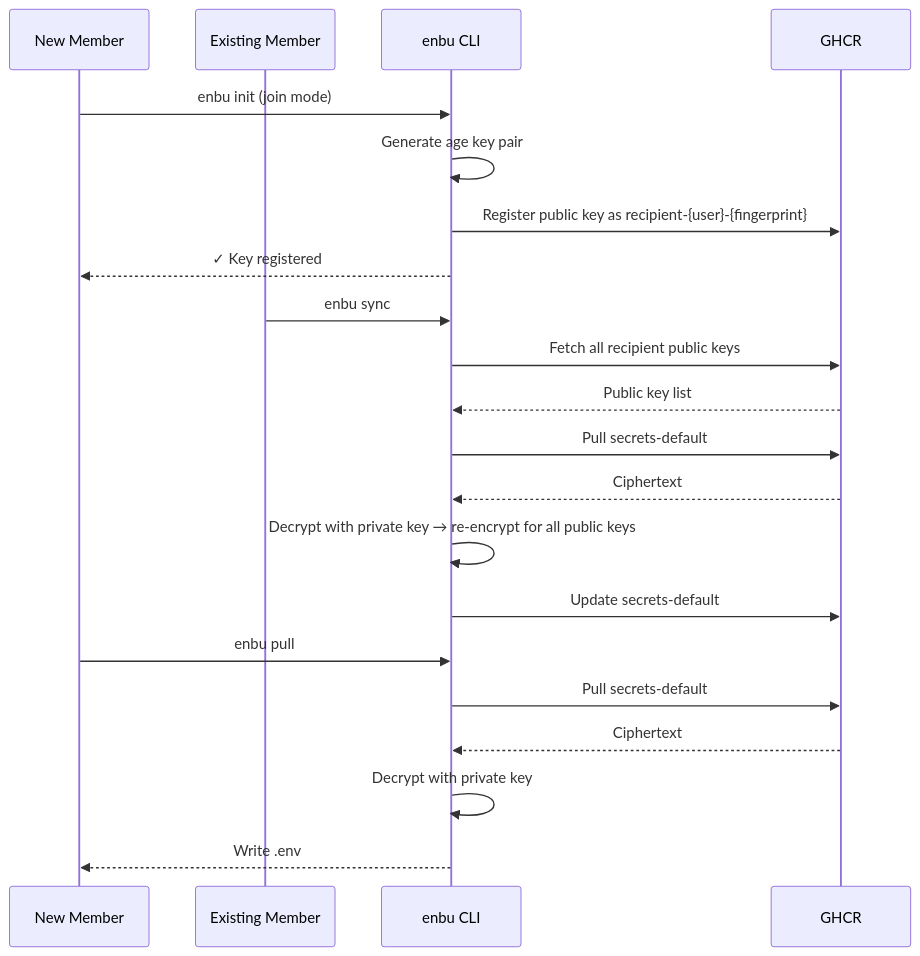
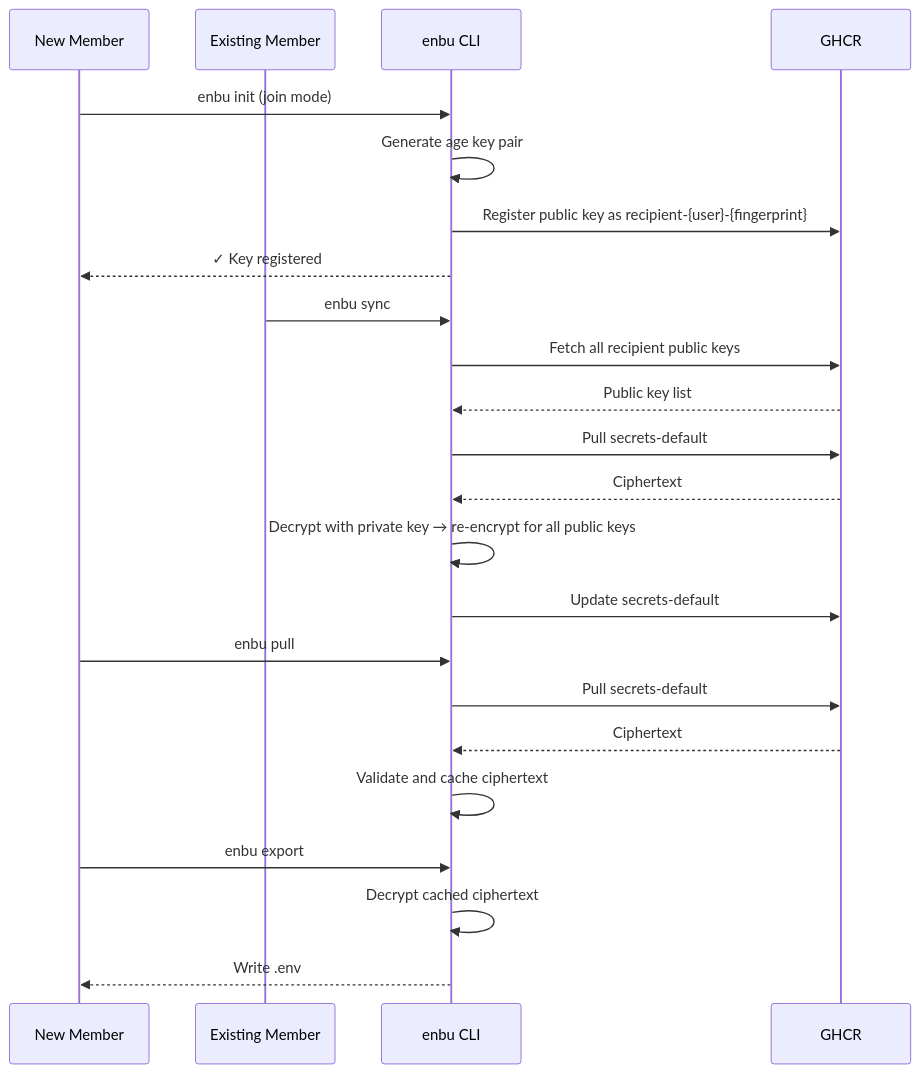
The third of 3 diagrams in README.md (yashikota/enbu), drawn with Mermaid before and after one commit. The commit also changed other lines of this file and 45 other files, not shown here.

````diff
--- a/README.md
+++ b/README.md
@@ -207,26 +212,28 @@
 ```mermaid
 sequenceDiagram
     participant New as New Member
     participant Member as Existing Member
     participant CLI as enbu CLI
     participant GHCR
 
     New->>CLI: enbu init (join mode)
     CLI->>CLI: Generate age key pair
     CLI->>GHCR: Register public key as recipient-{user}-{fingerprint}
     CLI-->>New: ✓ Key registered
 
     Member->>CLI: enbu sync
     CLI->>GHCR: Fetch all recipient public keys
     GHCR-->>CLI: Public key list
     CLI->>GHCR: Pull secrets-default
     GHCR-->>CLI: Ciphertext
     CLI->>CLI: Decrypt with private key → re-encrypt for all public keys
     CLI->>GHCR: Update secrets-default
 
     New->>CLI: enbu pull
     CLI->>GHCR: Pull secrets-default
     GHCR-->>CLI: Ciphertext
-    CLI->>CLI: Decrypt with private key
+    CLI->>CLI: Validate and cache ciphertext
+    New->>CLI: enbu export
+    CLI->>CLI: Decrypt cached ciphertext
     CLI-->>New: Write .env
 ```
````
